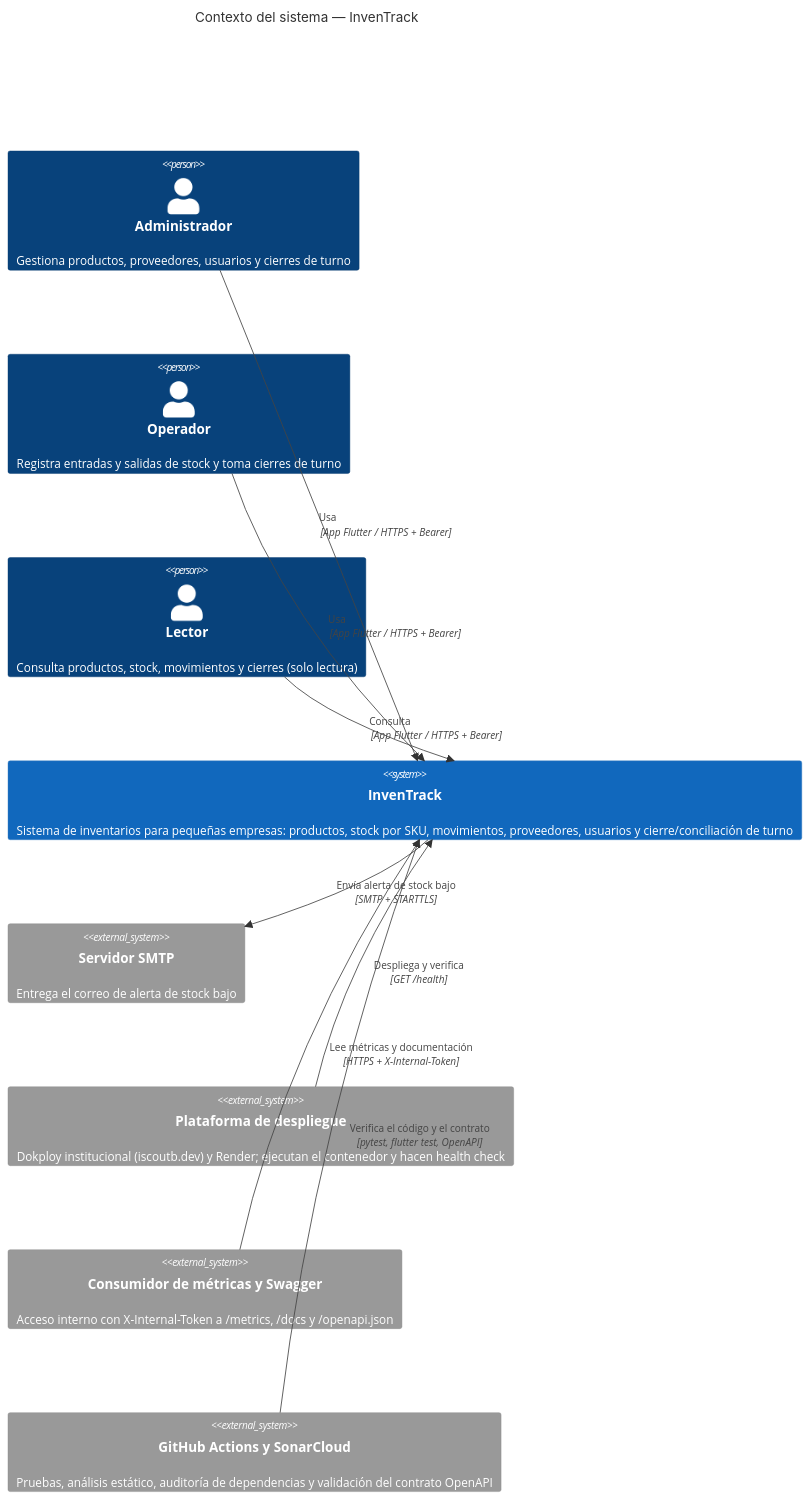
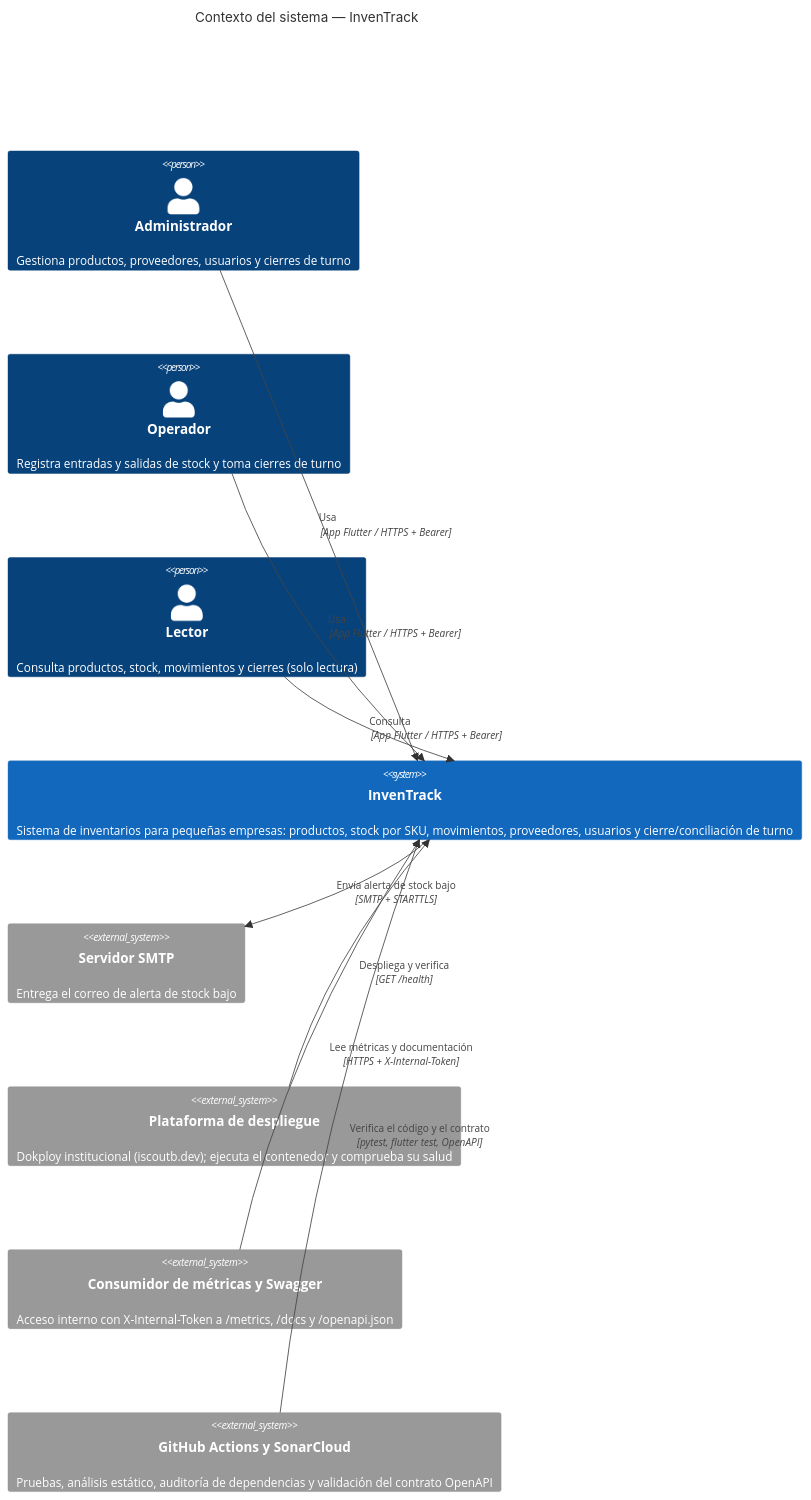
One commit to ISCOUTB/AS_202620_InvenTrack changed the diagram in c4-actual/01-contexto.md. Above: the diagram before and after it, drawn with Mermaid. The commit also changed 19 other files, not shown here.

````diff
--- a/c4-actual/01-contexto.md
+++ b/c4-actual/01-contexto.md
@@ -3,23 +3,23 @@
 ```mermaid
 C4Context
     title Contexto del sistema — InvenTrack
 
     Person(admin, "Administrador", "Gestiona productos, proveedores, usuarios y cierres de turno")
     Person(operador, "Operador", "Registra entradas y salidas de stock y toma cierres de turno")
     Person(lector, "Lector", "Consulta productos, stock, movimientos y cierres (solo lectura)")
 
     System(inventrack, "InvenTrack", "Sistema de inventarios para pequeñas empresas: productos, stock por SKU, movimientos, proveedores, usuarios y cierre/conciliación de turno")
 
     System_Ext(smtp, "Servidor SMTP", "Entrega el correo de alerta de stock bajo")
-    System_Ext(plataforma, "Plataforma de despliegue", "Dokploy institucional (iscoutb.dev) y Render; ejecutan el contenedor y hacen health check")
+    System_Ext(plataforma, "Plataforma de despliegue", "Dokploy institucional (iscoutb.dev); ejecuta el contenedor y comprueba su salud")
     System_Ext(monitor, "Consumidor de métricas y Swagger", "Acceso interno con X-Internal-Token a /metrics, /docs y /openapi.json")
     System_Ext(ci, "GitHub Actions y SonarCloud", "Pruebas, análisis estático, auditoría de dependencias y validación del contrato OpenAPI")
 
     Rel(admin, inventrack, "Usa", "App Flutter / HTTPS + Bearer")
     Rel(operador, inventrack, "Usa", "App Flutter / HTTPS + Bearer")
     Rel(lector, inventrack, "Consulta", "App Flutter / HTTPS + Bearer")
     Rel(inventrack, smtp, "Envía alerta de stock bajo", "SMTP + STARTTLS")
     Rel(plataforma, inventrack, "Despliega y verifica", "GET /health")
     Rel(monitor, inventrack, "Lee métricas y documentación", "HTTPS + X-Internal-Token")
     Rel(ci, inventrack, "Verifica el código y el contrato", "pytest, flutter test, OpenAPI")
 ```
````
